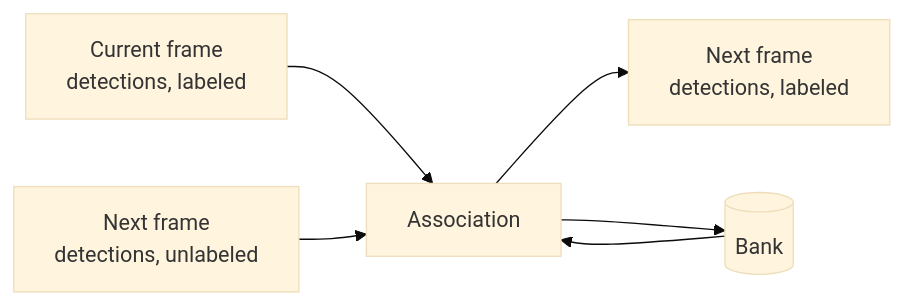
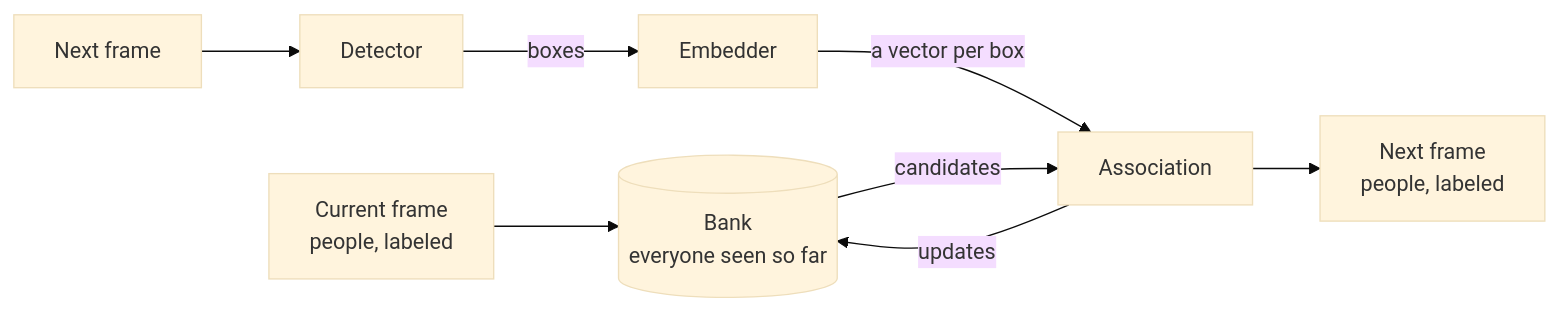
Before and after one commit to giosanchez0208/Retrieval-Augmented-Association: the first of 3 diagrams in README.md, drawn with Mermaid (base theme). The commit also changed other lines of this file, not shown here.

````diff
--- a/README.md
+++ b/README.md
@@ -15,8 +5,10 @@
 ```mermaid
 flowchart LR
-    A["Current frame<br/>detections, labeled"] --> M["Association"]
-    B["Next frame<br/>detections, unlabeled"] --> M
-    K[("Bank")] --> M
-    M --> C["Next frame<br/>detections, labeled"]
-    M --> K
+    C["Current frame<br/>people, labeled"] --> K[("Bank<br/>everyone seen so far")]
+    N["Next frame"] --> D["Detector"]
+    D -- boxes --> E["Embedder"]
+    E -- a vector per box --> M["Association"]
+    K -- candidates --> M
+    M --> L["Next frame<br/>people, labeled"]
+    M -- updates --> K
 ```
````
